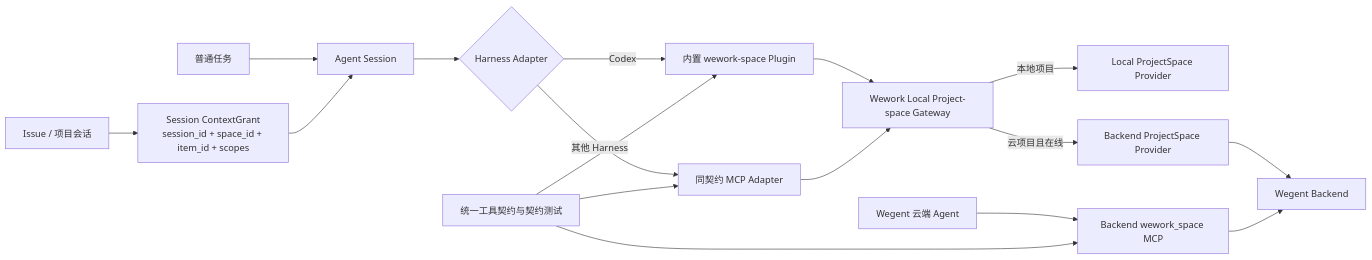
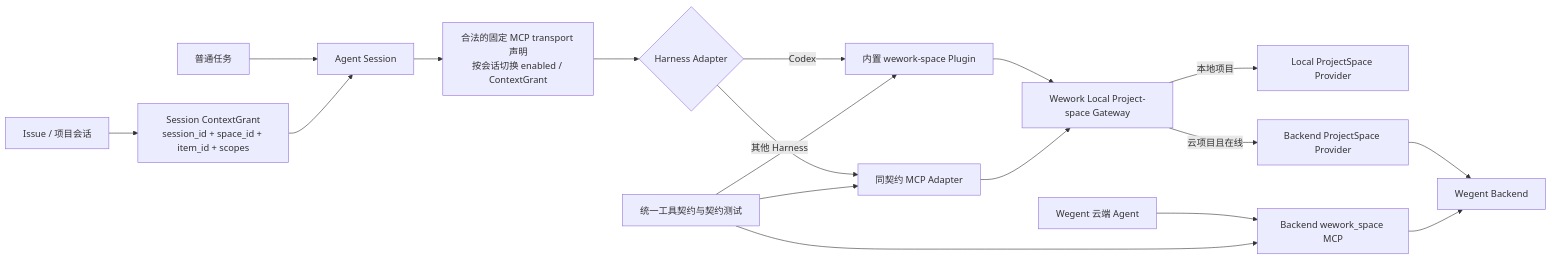
One commit to wecode-ai/Wegent changed the first of 2 diagrams in docs/zh/architecture/project-space-agent-capability.md. Above: the diagram before and after it, drawn with Mermaid. The commit also changed other lines of this file and 3 other files, not shown here.

````diff
--- a/docs/zh/architecture/project-space-agent-capability.md
+++ b/docs/zh/architecture/project-space-agent-capability.md
@@ -9,19 +9,20 @@
 ```mermaid
 flowchart LR
     ISSUE[Issue / 项目会话] --> GRANT[Session ContextGrant<br/>session_id + space_id + item_id + scopes]
     GENERIC[普通任务] --> SESSION[Agent Session]
     GRANT --> SESSION
-    SESSION --> ADAPTER{Harness Adapter}
+    SESSION --> DECLARATION[合法的固定 MCP transport 声明<br/>按会话切换 enabled / ContextGrant]
+    DECLARATION --> ADAPTER{Harness Adapter}
     ADAPTER -->|Codex| PLUGIN[内置 wework-space Plugin]
     ADAPTER -->|其他 Harness| MCP_ADAPTER[同契约 MCP Adapter]
     PLUGIN --> GATEWAY[Wework Local Project-space Gateway]
     MCP_ADAPTER --> GATEWAY
     GATEWAY -->|本地项目| LOCAL[Local ProjectSpace Provider]
     GATEWAY -->|云项目且在线| REMOTE[Backend ProjectSpace Provider]
     REMOTE --> BACKEND[Wegent Backend]
     CLOUD[Wegent 云端 Agent] --> BACKEND_MCP[Backend wework_space MCP]
     BACKEND_MCP --> BACKEND
     CONTRACT[统一工具契约与契约测试] --> PLUGIN
     CONTRACT --> MCP_ADAPTER
     CONTRACT --> BACKEND_MCP
 ```
````
